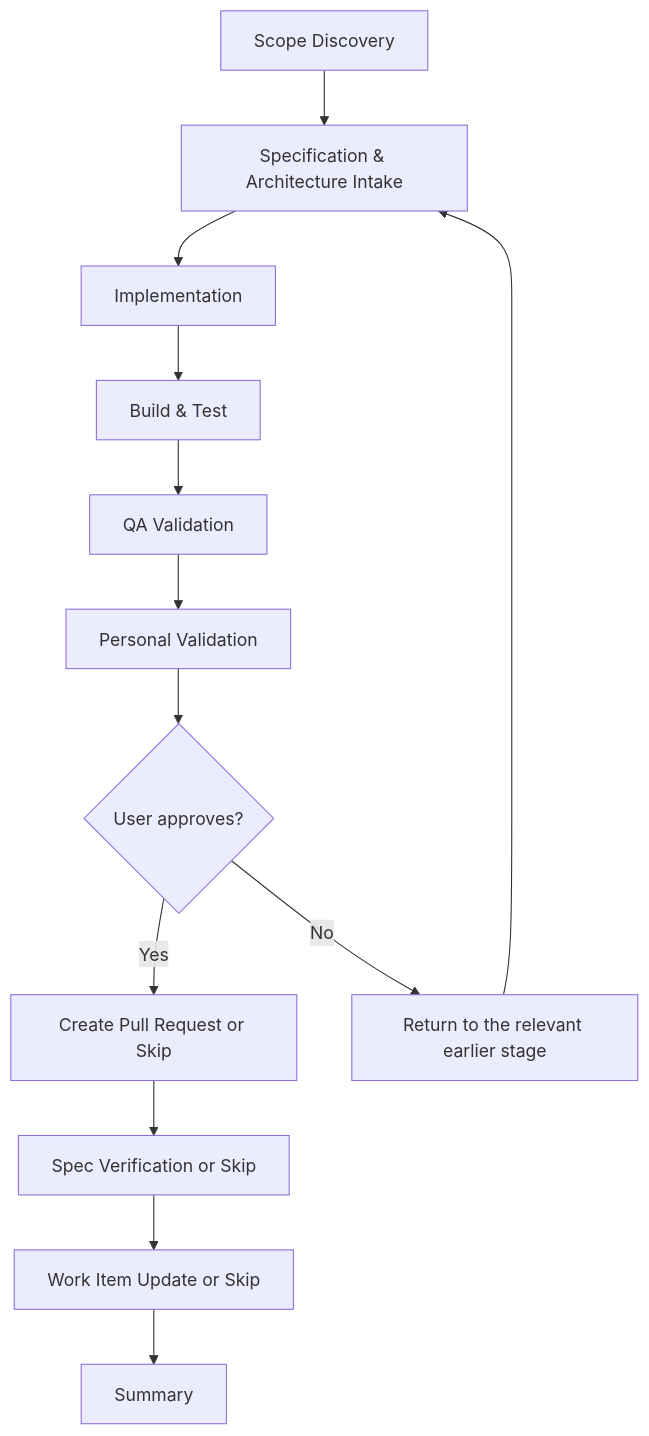
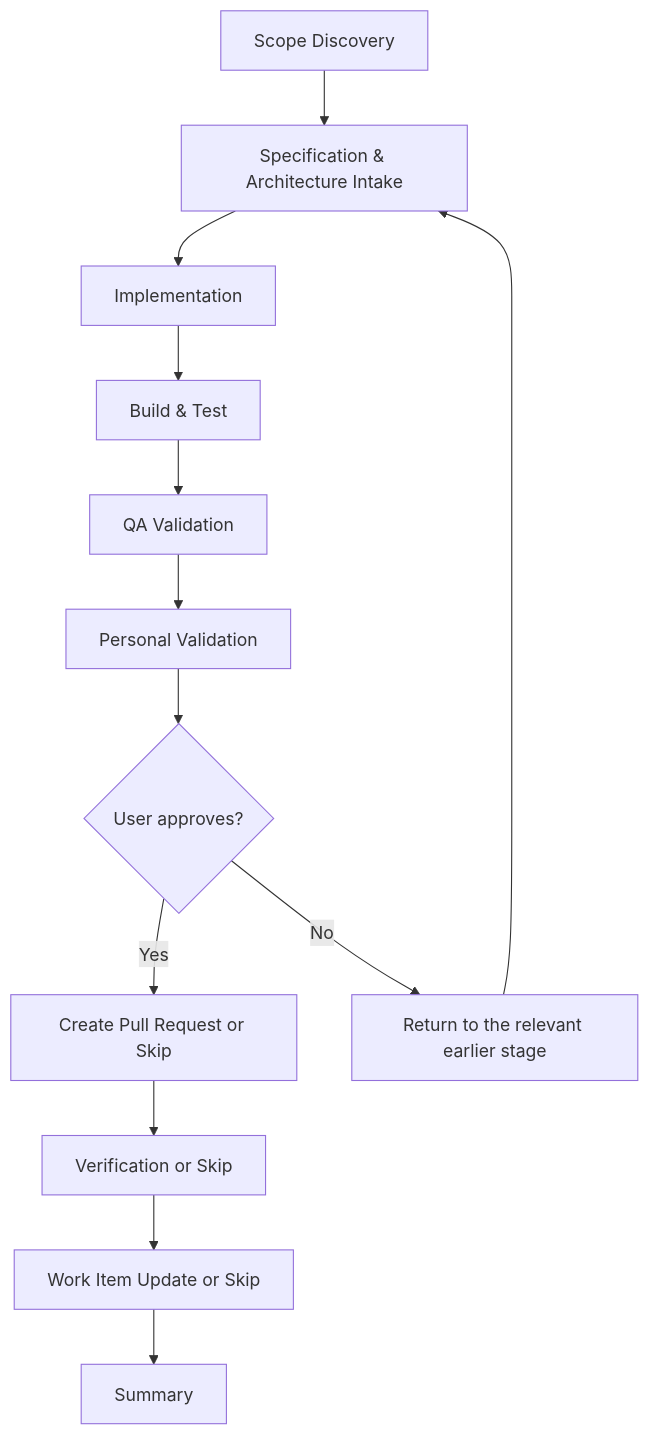
Diagram 11 of 16 in plugins/delivery/FLOW-DIAGRAMS.md (JSdotNet/devbook), drawn with Mermaid before and after one commit. The commit also changed other lines of this file and 30 other files, not shown here.

````diff
--- a/plugins/delivery/FLOW-DIAGRAMS.md
+++ b/plugins/delivery/FLOW-DIAGRAMS.md
@@ -313,15 +313,15 @@
 ```mermaid
 flowchart TD
     S["Scope Discovery"] --> A["Specification & Architecture Intake"]
     A --> B["Implementation"]
     B --> C["Build & Test"]
     C --> D["QA Validation"]
     D --> E["Personal Validation"]
     E --> F{User approves?}
     F -->|Yes| G["Create Pull Request or Skip"]
     F -->|No| H["Return to the relevant earlier stage"]
     H --> A
-    G --> DU["Spec Verification or Skip"]
+    G --> DU["Verification or Skip"]
     DU --> U["Work Item Update or Skip"]
     U --> I["Summary"]
 ```
````
